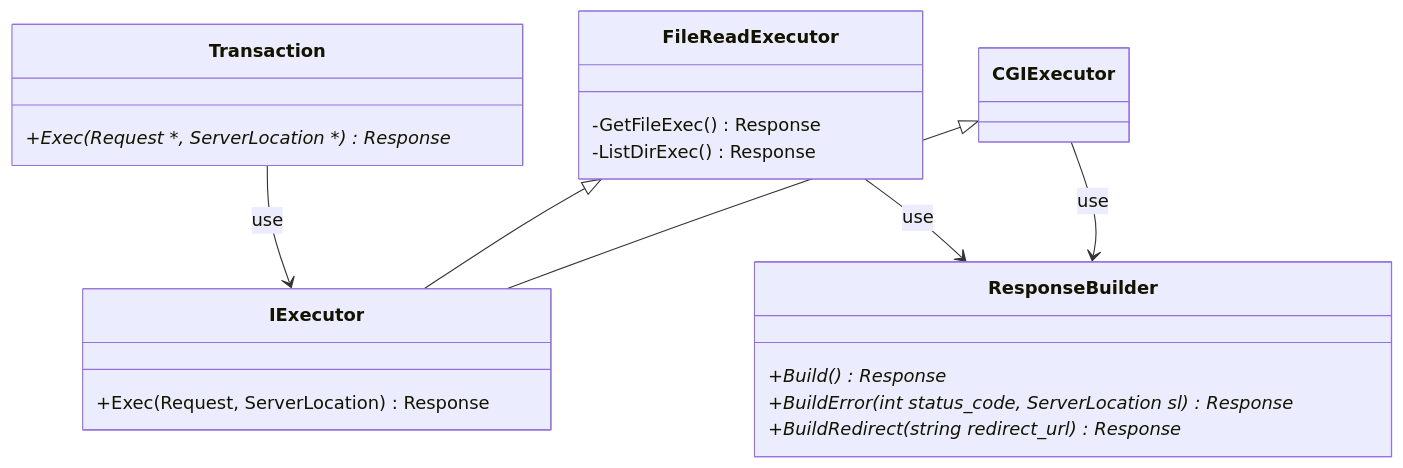
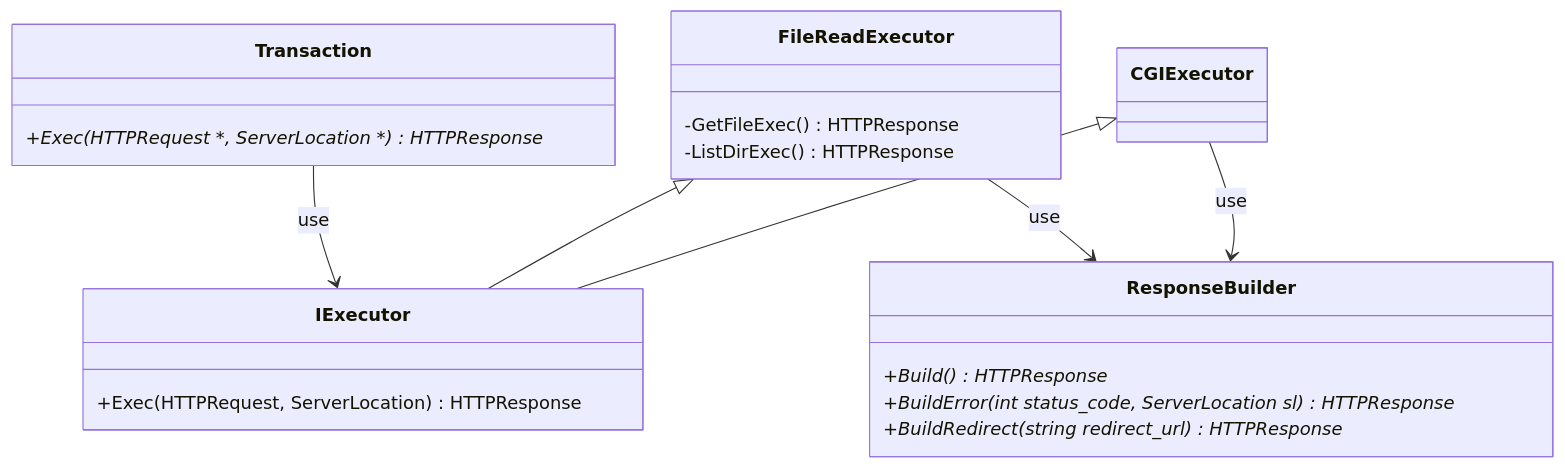
The diagram in docs/class/transaction_class.md (katataku/webserv), drawn with Mermaid before and after one commit. The commit also changed other lines of this file and 20 other files, not shown here.

````diff
--- a/docs/class/transaction_class.md
+++ b/docs/class/transaction_class.md
@@ -1,33 +1,33 @@
 ```mermaid
 classDiagram
     CGIExecutor <|-- IExecutor
     FileReadExecutor <|-- IExecutor
 
     Transaction --> IExecutor : use
     CGIExecutor --> ResponseBuilder : use
     FileReadExecutor --> ResponseBuilder : use
 
     class FileReadExecutor {
-        -GetFileExec() Response
-        -ListDirExec() Response
+        -GetFileExec() HTTPResponse
+        -ListDirExec() HTTPResponse
     }
 
     class CGIExecutor {
     }
 
     class IExecutor {
-        +Exec(Request, ServerLocation) Response
+        +Exec(HTTPRequest, ServerLocation) HTTPResponse
     }
 
 
     class Transaction {
-        +Exec(Request *, ServerLocation *) Response*
+        +Exec(HTTPRequest *, ServerLocation *) HTTPResponse*
     }
 
     %% status_code, server_location &&
     class ResponseBuilder {
-        +Build() Response*
-        +BuildError(int status_code, ServerLocation sl) Response*
-        +BuildRedirect(string redirect_url) Response*
+        +Build() HTTPResponse*
+        +BuildError(int status_code, ServerLocation sl) HTTPResponse*
+        +BuildRedirect(string redirect_url) HTTPResponse*
     }
 ```
````
